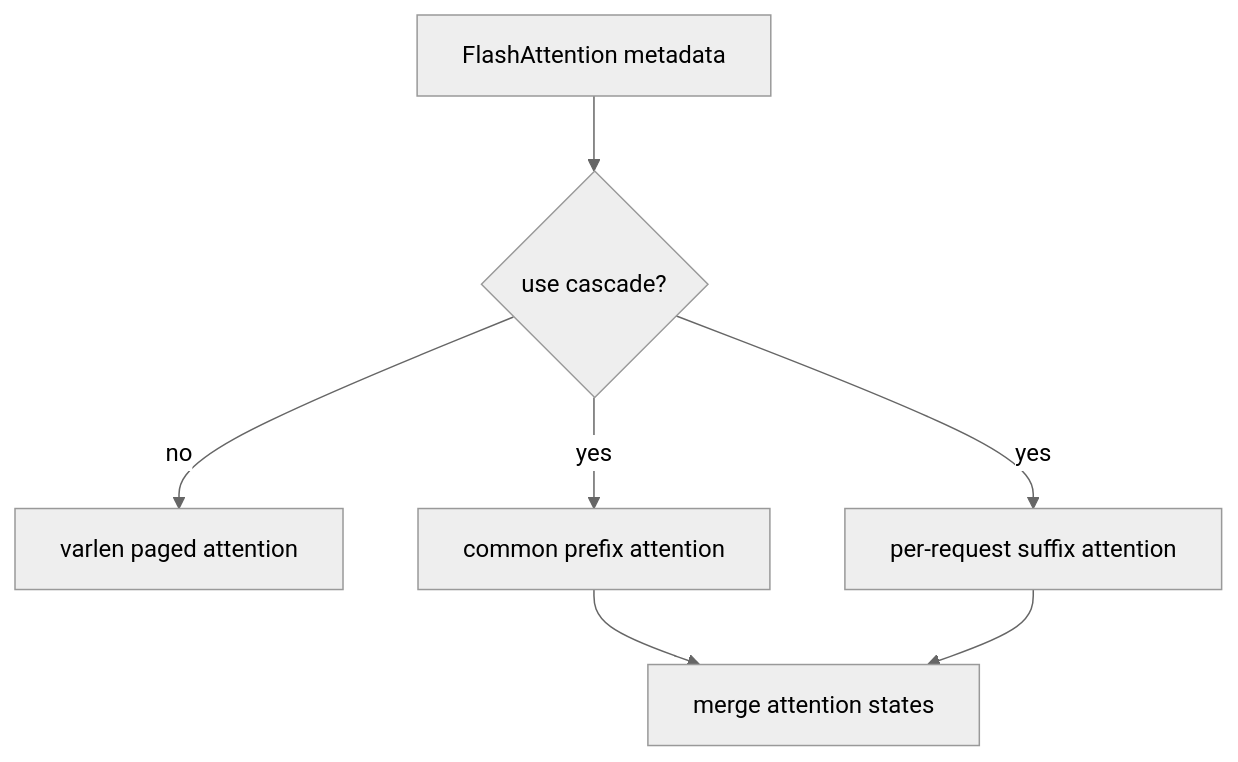
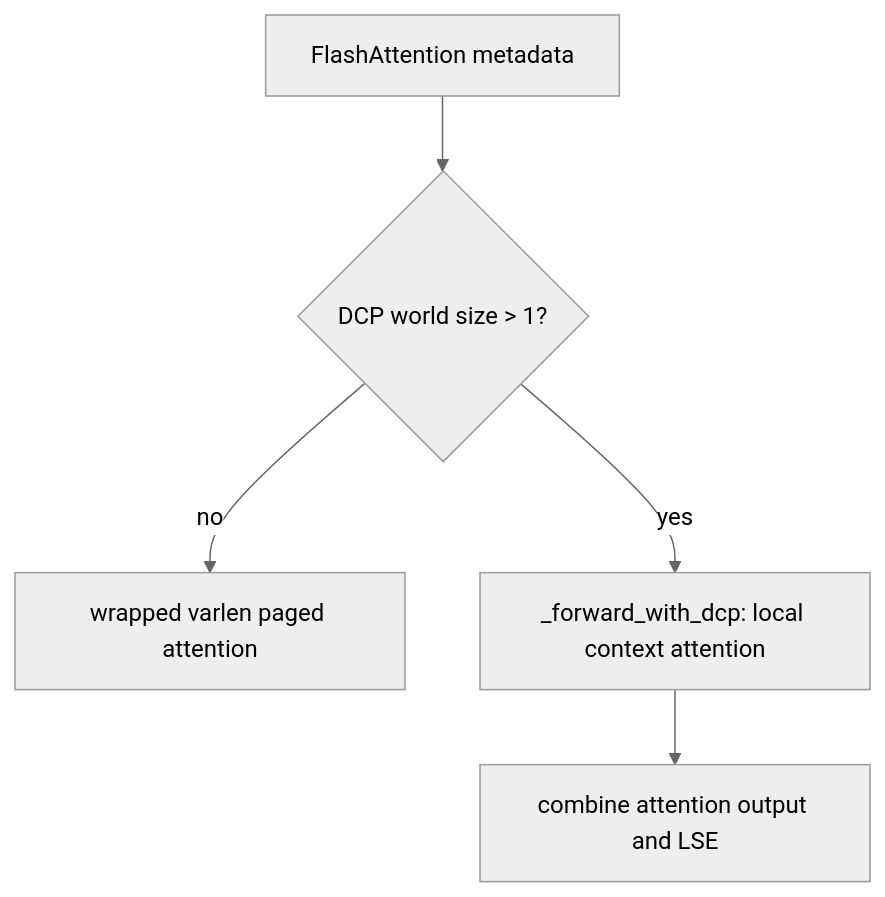
Diagram 35 of 41 in book/06-paged-attention/README.md (cluster1900/vllm_reader), drawn with Mermaid (neutral theme) before and after one commit. The commit also changed other lines of this file and 37 other files, not shown here.

````diff
--- a/book/06-paged-attention/README.md
+++ b/book/06-paged-attention/README.md
@@ -1141,9 +1200,7 @@
 ```mermaid
 flowchart TD
-    META["FlashAttention metadata"] --> CAS{"use cascade?"}
-    CAS -->|"no"| DIRECT["varlen paged attention"]
-    CAS -->|"yes"| PREFIX["common prefix attention"]
-    CAS -->|"yes"| SUFFIX["per-request suffix attention"]
-    PREFIX --> MERGE["merge attention states"]
-    SUFFIX --> MERGE
+    META["FlashAttention metadata"] --> DCP{"DCP world size > 1?"}
+    DCP -->|"no"| DIRECT["wrapped varlen paged attention"]
+    DCP -->|"yes"| CONTEXT["_forward_with_dcp: local context attention"]
+    CONTEXT --> MERGE["combine attention output and LSE"]
 ```
````
